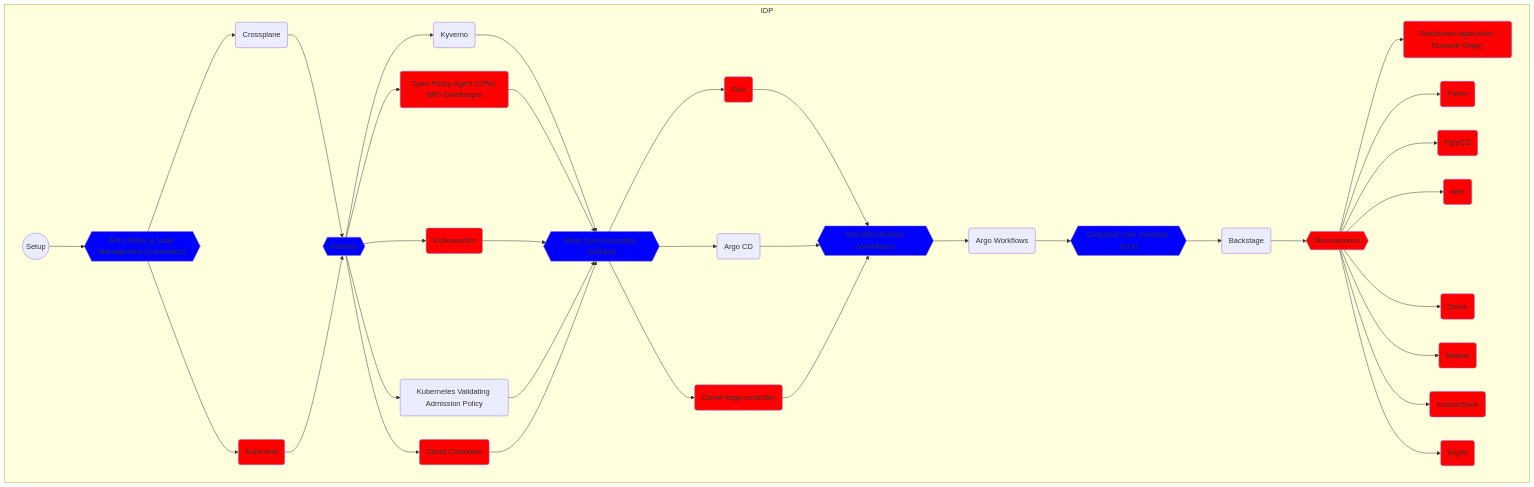
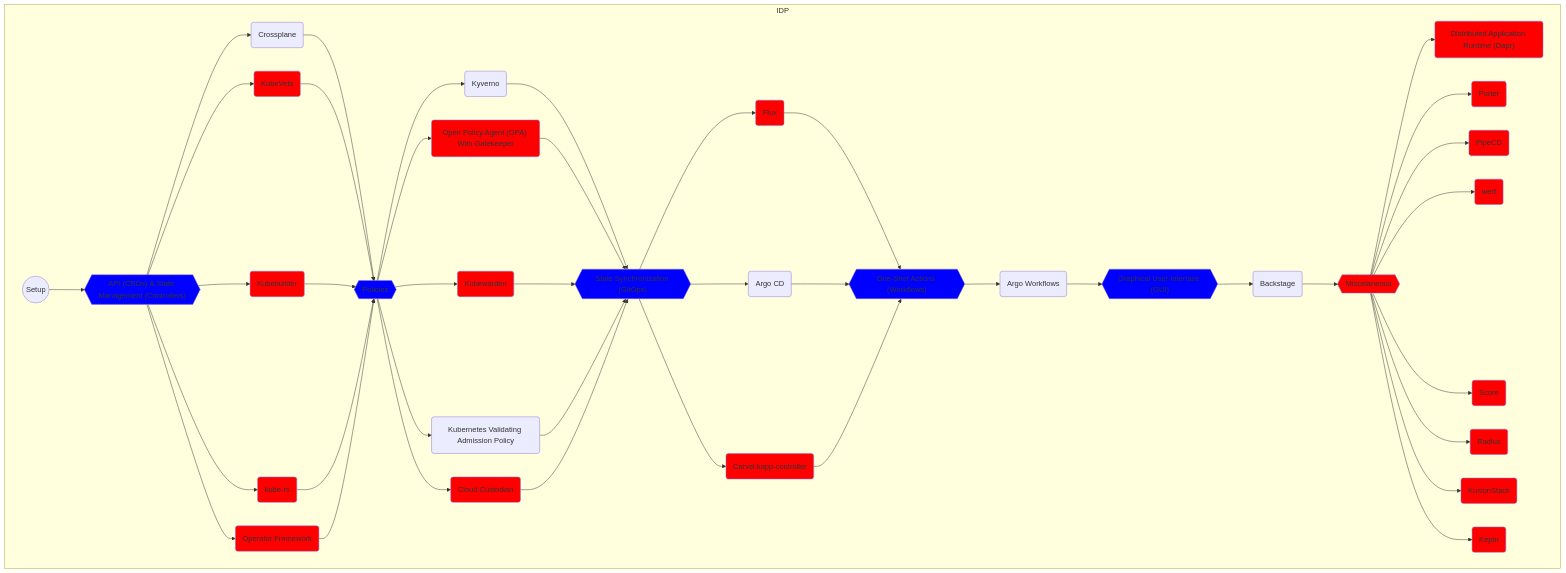
The sixth of 11 diagrams in solution.md (vfarcic/cncf-demo), drawn with Mermaid before and after one commit. The commit also changed 1 other file, not shown here.

```diff
--- a/solution.md
+++ b/solution.md
@@ -761,7 +761,13 @@
         click crossplane "https://github.com/vfarcic/cncf-demo/blob/main/manuscript/api/crossplane.md"
         kube-vela(KubeVela)
         style kube-vela fill:red
-        api --> crossplane & kube-vela --> policies
+        kube-builder(Kubebuilder)
+        style kube-builder fill:red
+        kube-rs(kube-rs)
+        style kube-rs fill:red
+        operator-framework(Operator Framework)
+        style operator-framework fill:red
+        api --> crossplane & kube-vela & kube-builder & kube-rs & operator-framework --> policies
 
         %% --------------
         %% -- Policies --
```
